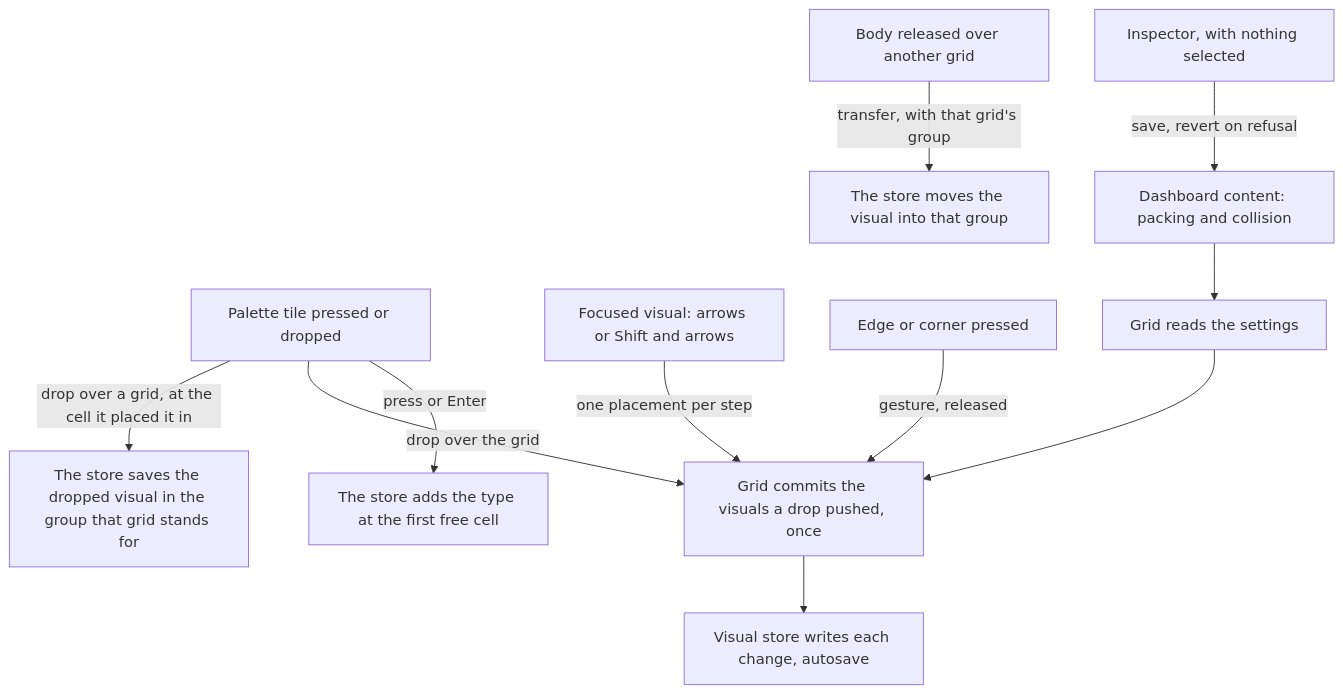
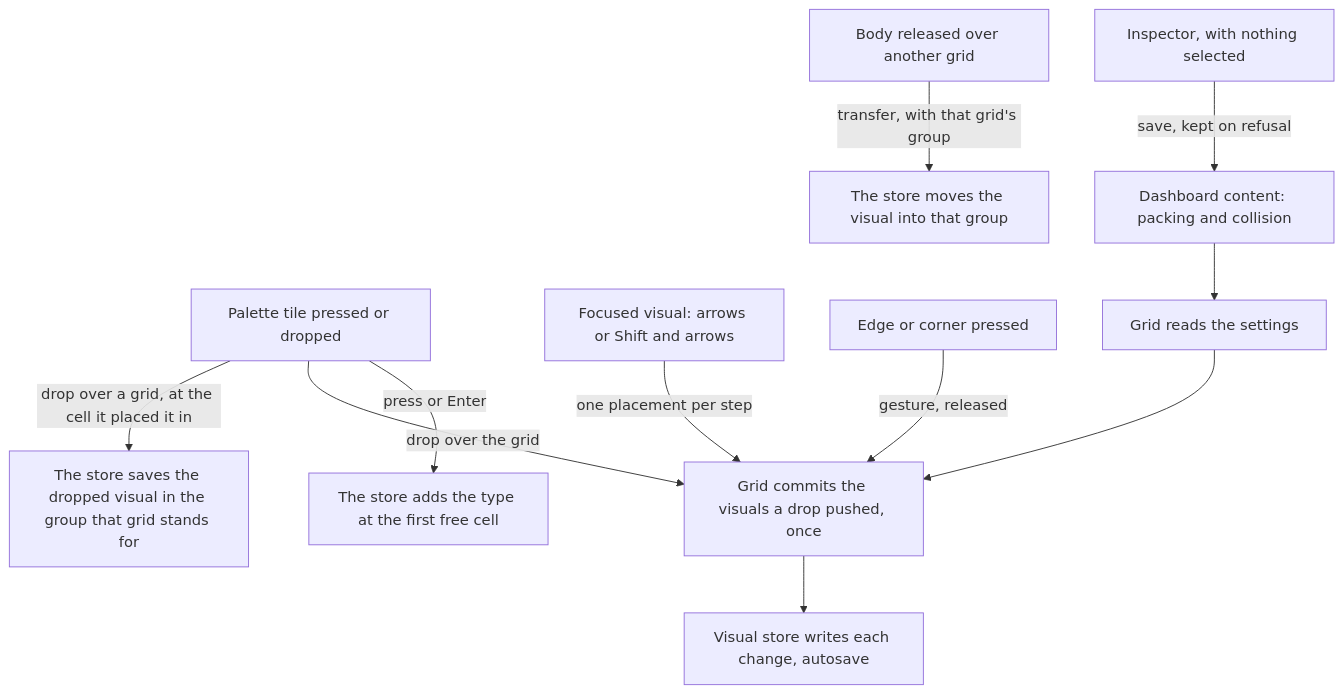
The second of 2 diagrams in openspec/specs/resource/dashboard-grid/design.md (Esposter/Esposter), drawn with Mermaid before and after one commit. The commit also changed other lines of this file and 18 other files, not shown here.

````diff
--- a/openspec/specs/resource/dashboard-grid/design.md
+++ b/openspec/specs/resource/dashboard-grid/design.md
@@ -84,13 +84,13 @@
 ```mermaid
 flowchart TD
   P["Palette tile pressed or dropped"] -->|"drop over a grid, at the cell it placed it in"| SD["The store saves the dropped visual in the group that grid stands for"]
   P -->|"drop over the grid"| G["Grid commits the visuals a drop pushed, once"]
   P -->|"press or Enter"| S["The store adds the type at the first free cell"]
   K["Focused visual: arrows or Shift and arrows"] -->|"one placement per step"| G
   H["Edge or corner pressed"] -->|"gesture, released"| G
   B["Body released over another grid"] -->|"transfer, with that grid's group"| MV["The store moves the visual into that group"]
-  L["Inspector, with nothing selected"] -->|"save, revert on refusal"| D["Dashboard content: packing and collision"]
+  L["Inspector, with nothing selected"] -->|"save, kept on refusal"| D["Dashboard content: packing and collision"]
   G --> V["Visual store writes each change, autosave"]
   D --> GR["Grid reads the settings"]
   GR --> G
 ```
````
